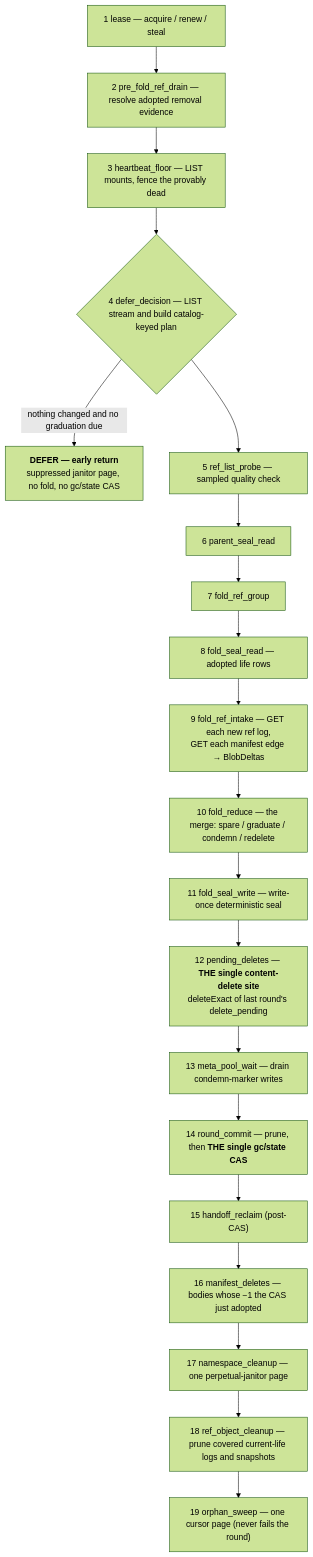
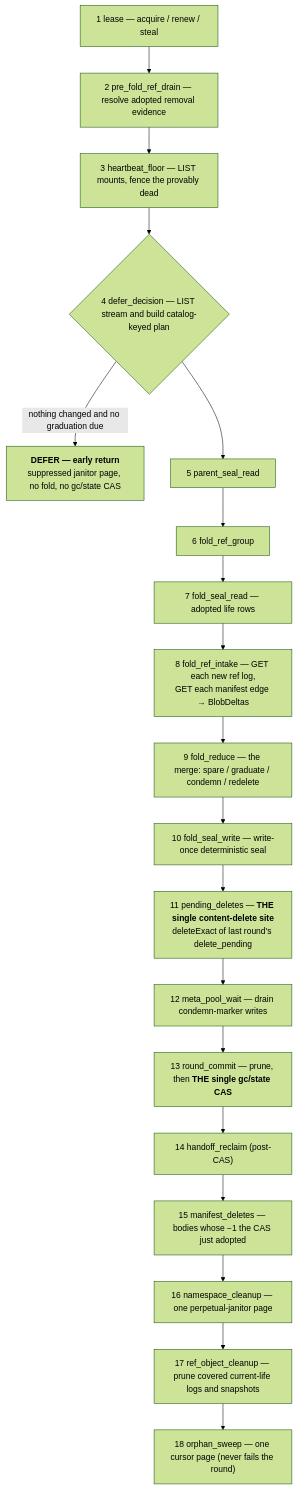
Diagram 15 of 16 in docs/superpowers/cas/11-walkthrough.md (Altinity/ClickHouse), drawn with Mermaid (forest theme) before and after one commit. The commit also changed other lines of this file and 26 other files, not shown here.

````diff
--- a/docs/superpowers/cas/11-walkthrough.md
+++ b/docs/superpowers/cas/11-walkthrough.md
@@ -1727,22 +1727,21 @@
 ```mermaid
 flowchart TD
     P1["1 lease — acquire / renew / steal"] --> P2["2 pre_fold_ref_drain — resolve adopted removal evidence"]
     P2 --> P3["3 heartbeat_floor — LIST mounts, fence the provably dead"]
     P3 --> P4{"4 defer_decision — LIST stream and build catalog-keyed plan"}
     P4 -->|"nothing changed and no graduation due"| DEF["<b>DEFER — early return</b><br/>suppressed janitor page, no fold, no gc/state CAS"]
-    P4 --> P5["5 ref_list_probe — sampled quality check"]
-    P5 --> P6["6 parent_seal_read"]
-    P6 --> P7["7 fold_ref_group"]
-    P7 --> P8["8 fold_seal_read — adopted life rows"]
-    P8 --> P9["9 fold_ref_intake — GET each new ref log,<br/>GET each manifest edge → BlobDeltas"]
-    P9 --> P10["10 fold_reduce — the merge: spare / graduate / condemn / redelete"]
-    P10 --> P11["11 fold_seal_write — write-once deterministic seal"]
-    P11 --> P12["12 pending_deletes — <b>THE single content-delete site</b><br/>deleteExact of last round's delete_pending"]
-    P12 --> P13["13 meta_pool_wait — drain condemn-marker writes"]
-    P13 --> P14["14 round_commit — prune, then <b>THE single gc/state CAS</b>"]
-    P14 --> P15["15 handoff_reclaim (post-CAS)"]
-    P15 --> P16["16 manifest_deletes — bodies whose −1 the CAS just adopted"]
-    P16 --> P17["17 namespace_cleanup — one perpetual-janitor page"]
-    P17 --> P18["18 ref_object_cleanup — prune covered current-life logs and snapshots"]
-    P18 --> P19["19 orphan_sweep — one cursor page (never fails the round)"]
+    P4 --> P5["5 parent_seal_read"]
+    P5 --> P6["6 fold_ref_group"]
+    P6 --> P7["7 fold_seal_read — adopted life rows"]
+    P7 --> P8["8 fold_ref_intake — GET each new ref log,<br/>GET each manifest edge → BlobDeltas"]
+    P8 --> P9["9 fold_reduce — the merge: spare / graduate / condemn / redelete"]
+    P9 --> P10["10 fold_seal_write — write-once deterministic seal"]
+    P10 --> P11["11 pending_deletes — <b>THE single content-delete site</b><br/>deleteExact of last round's delete_pending"]
+    P11 --> P12["12 meta_pool_wait — drain condemn-marker writes"]
+    P12 --> P13["13 round_commit — prune, then <b>THE single gc/state CAS</b>"]
+    P13 --> P14["14 handoff_reclaim (post-CAS)"]
+    P14 --> P15["15 manifest_deletes — bodies whose −1 the CAS just adopted"]
+    P15 --> P16["16 namespace_cleanup — one perpetual-janitor page"]
+    P16 --> P17["17 ref_object_cleanup — prune covered current-life logs and snapshots"]
+    P17 --> P18["18 orphan_sweep — one cursor page (never fails the round)"]
 ```
````
